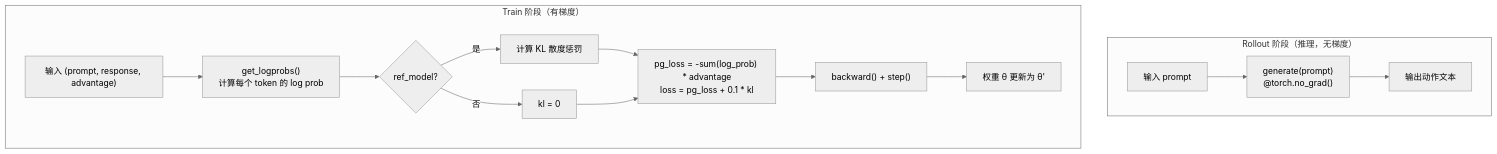
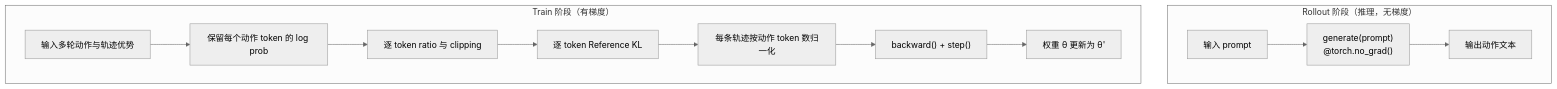
Before and after one commit to birhantprkc/hands-on-modern-rl: the sixth of 9 diagrams in docs/chapter22_agentic/build-agentic-training-system.md, drawn with Mermaid (neutral theme). The commit also changed other lines of this file and 25 other files, not shown here.

````diff
--- a/docs/chapter22_agentic/build-agentic-training-system.md
+++ b/docs/chapter22_agentic/build-agentic-training-system.md
@@ -322,17 +324,15 @@
 ```mermaid
 flowchart TD
     subgraph Rollout["Rollout 阶段（推理，无梯度）"]
         P1["输入 prompt"] --> Gen["generate(prompt)<br/>@torch.no_grad()"]
         Gen --> Out["输出动作文本"]
     end
     subgraph Train["Train 阶段（有梯度）"]
-        P2["输入 (prompt, response, advantage)"] --> Lp["get_logprobs()<br/>计算每个 token 的 log prob"]
-        Lp --> KL{"ref_model?"}
-        KL -->|是| KLcalc["计算 KL 散度惩罚"]
-        KL -->|否| NoKL["kl = 0"]
-        KLcalc --> Loss["pg_loss = -sum(log_prob) * advantage<br/>loss = pg_loss + 0.1 * kl"]
-        NoKL --> Loss
-        Loss --> Back["backward() + step()"]
+        P2["输入多轮动作与轨迹优势"] --> Lp["保留每个动作 token 的 log prob"]
+        Lp --> Ratio["逐 token ratio 与 clipping"]
+        Ratio --> KL["逐 token Reference KL"]
+        KL --> Mean["每条轨迹按动作 token 数归一化"]
+        Mean --> Back["backward() + step()"]
         Back --> Update["权重 θ 更新为 θ'"]
     end
 ```
````
